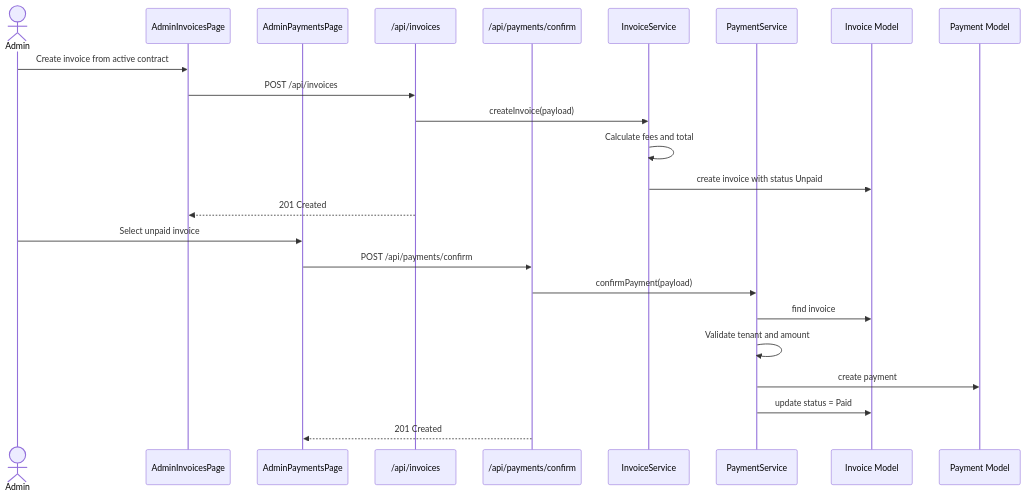
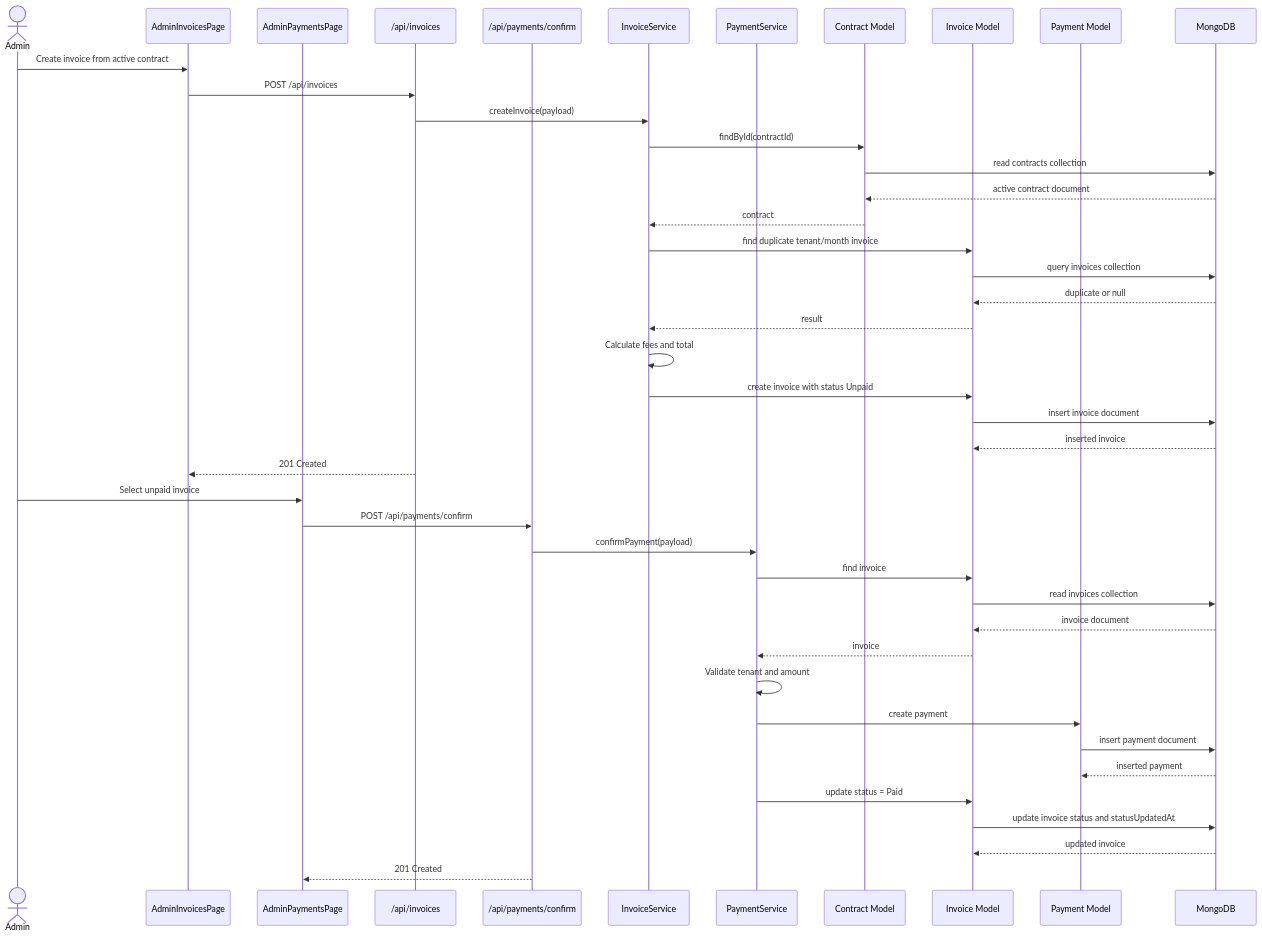
Diagram 17 of 23 in docs/SYSTEM_REPORT.md (datphan3201/room-rental-management-software), drawn with Mermaid before and after one commit. The commit also changed other lines of this file and 41 other files, not shown here.

````diff
--- a/docs/SYSTEM_REPORT.md
+++ b/docs/SYSTEM_REPORT.md
@@ -1168,28 +1216,47 @@
 ```mermaid
 sequenceDiagram
   actor Admin
   participant InvoiceUI as AdminInvoicesPage
   participant PaymentUI as AdminPaymentsPage
   participant InvoiceAPI as /api/invoices
   participant PaymentAPI as /api/payments/confirm
   participant InvoiceSvc as InvoiceService
   participant PaymentSvc as PaymentService
+  participant ContractModel as Contract Model
   participant InvoiceModel as Invoice Model
   participant PaymentModel as Payment Model
+  participant DB as MongoDB
 
   Admin->>InvoiceUI: Create invoice from active contract
   InvoiceUI->>InvoiceAPI: POST /api/invoices
   InvoiceAPI->>InvoiceSvc: createInvoice(payload)
+  InvoiceSvc->>ContractModel: findById(contractId)
+  ContractModel->>DB: read contracts collection
+  DB-->>ContractModel: active contract document
+  ContractModel-->>InvoiceSvc: contract
+  InvoiceSvc->>InvoiceModel: find duplicate tenant/month invoice
+  InvoiceModel->>DB: query invoices collection
+  DB-->>InvoiceModel: duplicate or null
+  InvoiceModel-->>InvoiceSvc: result
   InvoiceSvc->>InvoiceSvc: Calculate fees and total
   InvoiceSvc->>InvoiceModel: create invoice with status Unpaid
+  InvoiceModel->>DB: insert invoice document
+  DB-->>InvoiceModel: inserted invoice
   InvoiceAPI-->>InvoiceUI: 201 Created
 
   Admin->>PaymentUI: Select unpaid invoice
   PaymentUI->>PaymentAPI: POST /api/payments/confirm
   PaymentAPI->>PaymentSvc: confirmPayment(payload)
   PaymentSvc->>InvoiceModel: find invoice
+  InvoiceModel->>DB: read invoices collection
+  DB-->>InvoiceModel: invoice document
+  InvoiceModel-->>PaymentSvc: invoice
   PaymentSvc->>PaymentSvc: Validate tenant and amount
   PaymentSvc->>PaymentModel: create payment
+  PaymentModel->>DB: insert payment document
+  DB-->>PaymentModel: inserted payment
   PaymentSvc->>InvoiceModel: update status = Paid
+  InvoiceModel->>DB: update invoice status and statusUpdatedAt
+  DB-->>InvoiceModel: updated invoice
   PaymentAPI-->>PaymentUI: 201 Created
 ```
````
